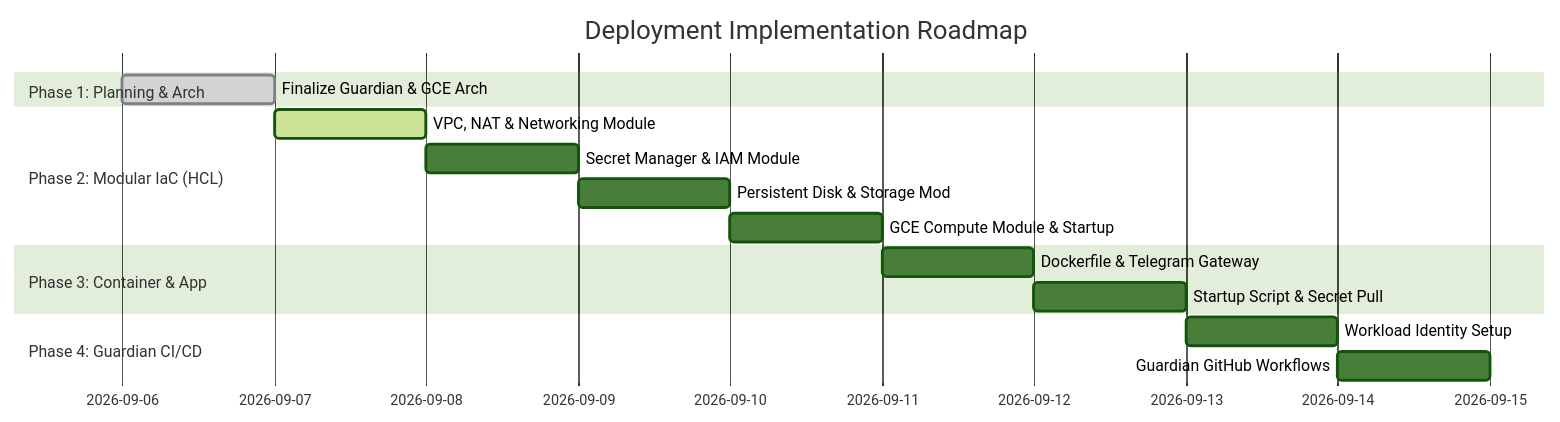
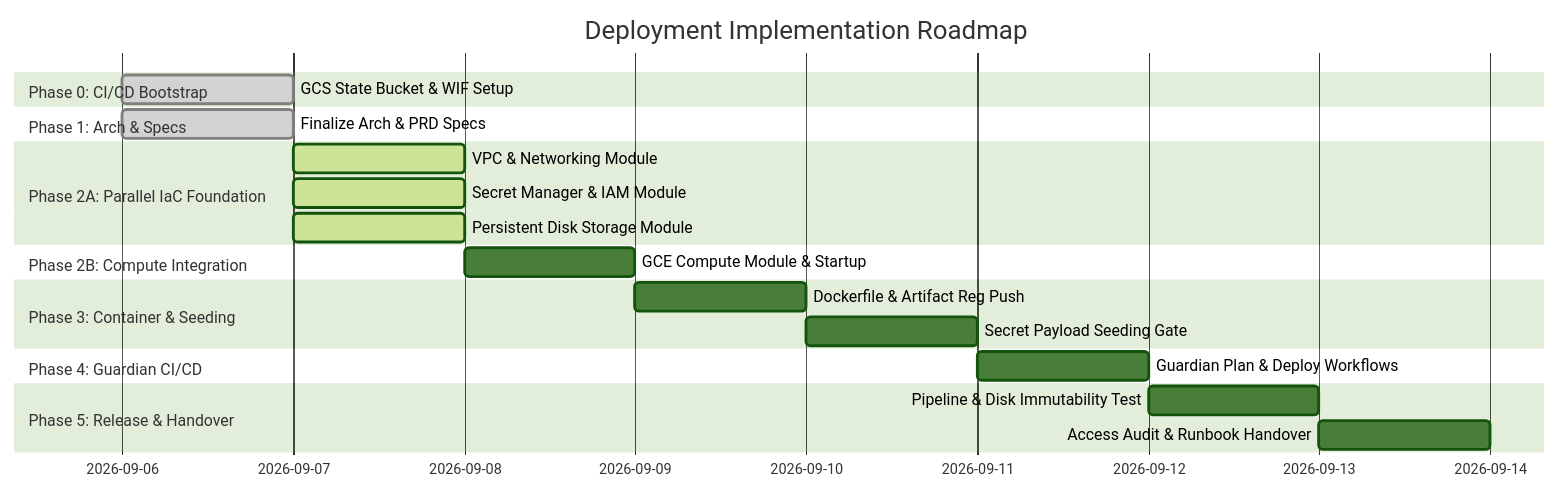
One commit to billnapier/OpenClawTF changed the diagram in docs/Roadmap.md. Above: the diagram before and after it, drawn with Mermaid (forest theme). The commit also changed other lines of this file, not shown here.

Commit message:
docs: align roadmap with TPM audit decisions on WIF bootstrap, IaC parallelization, and release gates

````diff
--- a/docs/Roadmap.md
+++ b/docs/Roadmap.md
@@ -9,18 +9,23 @@
 ```mermaid
 gantt
     title Deployment Implementation Roadmap
     dateFormat  YYYY-MM-DD
-    section Phase 1: Planning & Arch
-    Finalize Guardian & GCE Arch :done, p1a, 2026-09-06, 1d
-    section Phase 2: Modular IaC (HCL)
-    VPC, NAT & Networking Module  :active, p2a, 2026-09-07, 1d
-    Secret Manager & IAM Module   :p2b, after p2a, 1d
-    Persistent Disk & Storage Mod :p2c, after p2b, 1d
-    GCE Compute Module & Startup  :p2d, after p2c, 1d
-    section Phase 3: Container & App
-    Dockerfile & Telegram Gateway :p3a, after p2d, 1d
-    Startup Script & Secret Pull  :p3b, after p3a, 1d
+    section Phase 0: CI/CD Bootstrap
+    GCS State Bucket & WIF Setup     :done, p0a, 2026-09-06, 1d
+    section Phase 1: Arch & Specs
+    Finalize Arch & PRD Specs       :done, p1a, 2026-09-06, 1d
+    section Phase 2A: Parallel IaC Foundation
+    VPC & Networking Module         :active, p2a1, 2026-09-07, 1d
+    Secret Manager & IAM Module     :active, p2a2, 2026-09-07, 1d
+    Persistent Disk Storage Module  :active, p2a3, 2026-09-07, 1d
+    section Phase 2B: Compute Integration
+    GCE Compute Module & Startup    :p2b, after p2a1, 1d
+    section Phase 3: Container & Seeding
+    Dockerfile & Artifact Reg Push  :p3a, after p2b, 1d
+    Secret Payload Seeding Gate     :p3b, after p3a, 1d
     section Phase 4: Guardian CI/CD
-    Workload Identity Setup       :p4a, after p3b, 1d
-    Guardian GitHub Workflows     :p4b, after p4a, 1d
+    Guardian Plan & Deploy Workflows:p4a, after p3b, 1d
+    section Phase 5: Release & Handover
+    Pipeline & Disk Immutability Test:p5a, after p4a, 1d
+    Access Audit & Runbook Handover :p5b, after p5a, 1d
 ```
````
